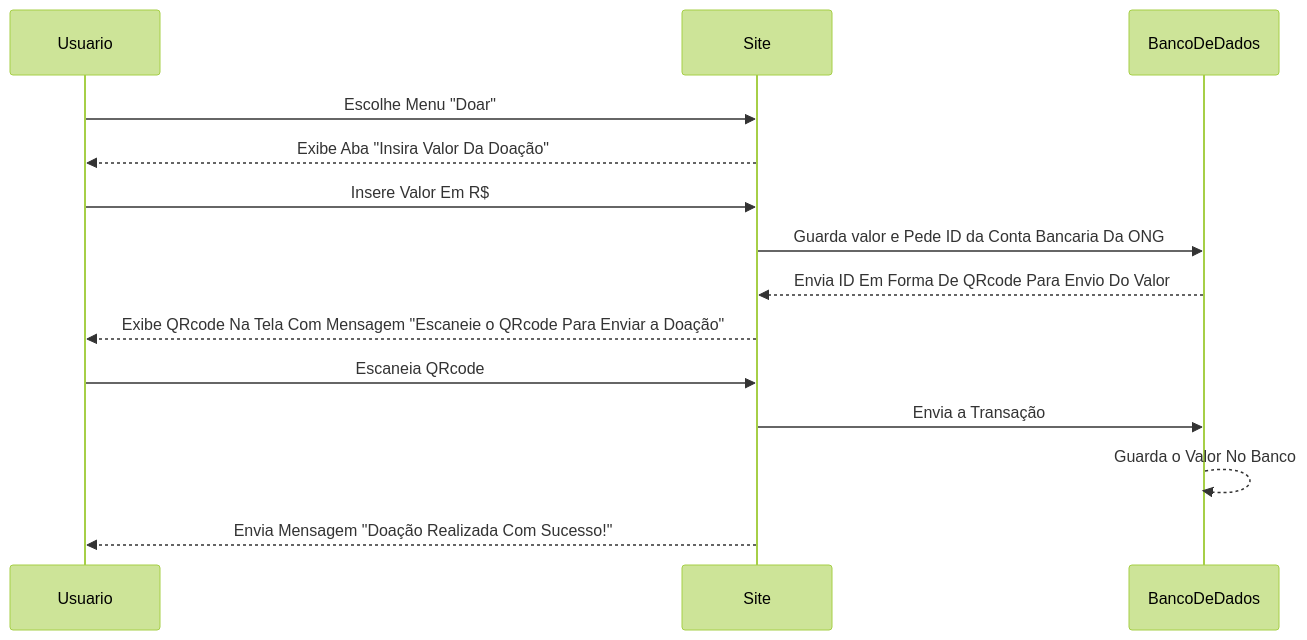
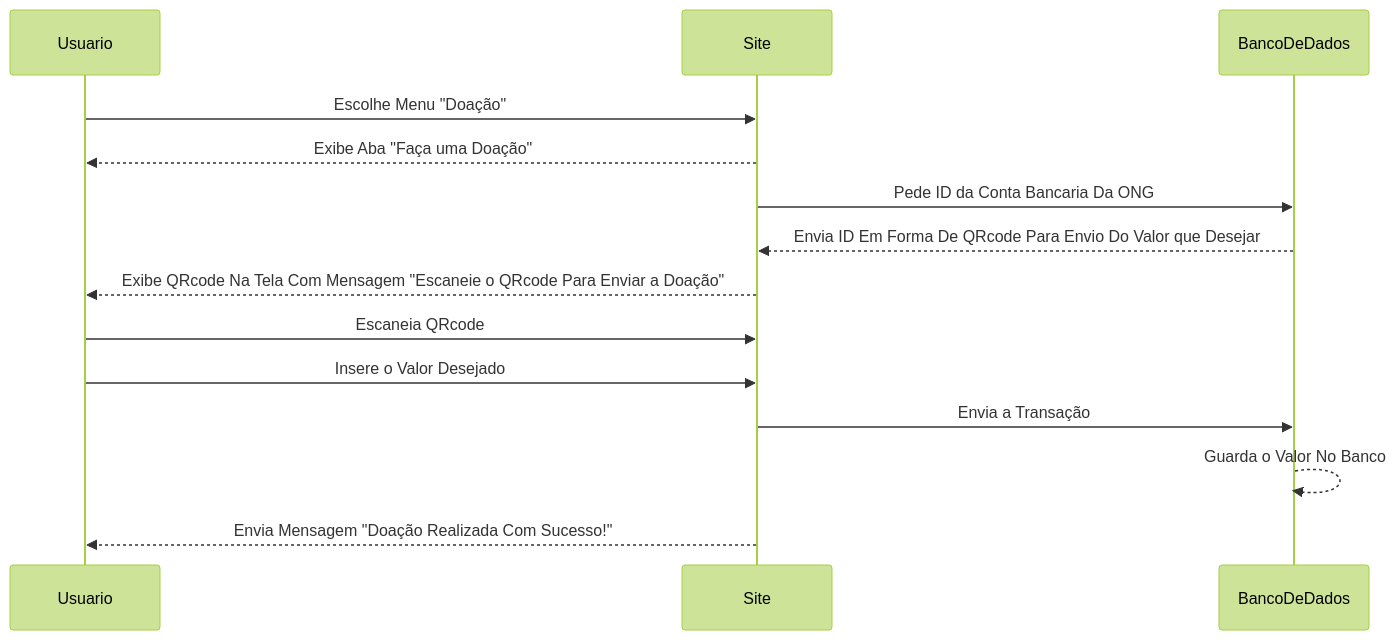
Before and after one commit to ligiaoliveira/Casa-dos-Gatos: the eighth of 12 diagrams in README.md, drawn with Mermaid (forest theme).

````diff
--- a/README.md
+++ b/README.md
@@ -372,16 +372,16 @@
 ```mermaid
 sequenceDiagram
 participant U as Usuario
 participant S as Site
 participant B as BancoDeDados
-U->>S:Escolhe Menu "Doar"
-S-->>U:Exibe Aba "Insira Valor Da Doação"
-U->>S:Insere Valor Em R$
-S->>B:Guarda valor e Pede ID da Conta Bancaria Da ONG
-B-->>S: Envia ID Em Forma De QRcode Para Envio Do Valor
+U->>S:Escolhe Menu "Doação"
+S-->>U:Exibe Aba "Faça uma Doação"
+S->>B:Pede ID da Conta Bancaria Da ONG
+B-->>S: Envia ID Em Forma De QRcode Para Envio Do Valor que Desejar
 S-->>U:Exibe QRcode Na Tela Com Mensagem "Escaneie o QRcode Para Enviar a Doação"
 U->>S:Escaneia QRcode
+U->>S:Insere o Valor Desejado
 S->>B: Envia a Transação
 B-->>B:Guarda o Valor No Banco
 S-->>U: Envia Mensagem "Doação Realizada Com Sucesso!"
 ```
````
